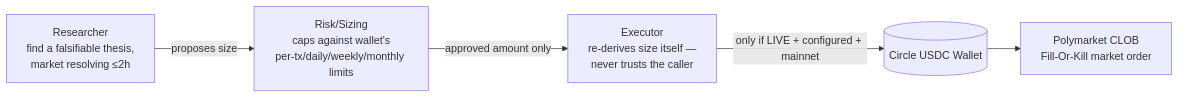
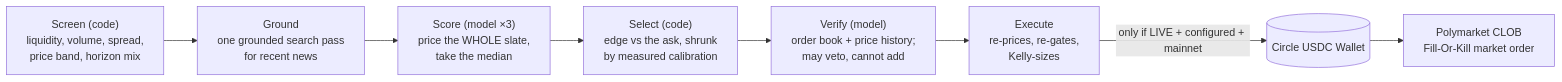
Before and after one commit to telluslearn-max/nuruelectronics-store: the second of 2 diagrams in README.md, drawn with Mermaid. The commit also changed other lines of this file and 32 other files, not shown here.

````diff
--- a/README.md
+++ b/README.md
@@ -103,7 +103,10 @@
 ```mermaid
 flowchart LR
-    R["Researcher<br/>find a falsifiable thesis,<br/>market resolving ≤2h"] -->|proposes size| S["Risk/Sizing<br/>caps against wallet's<br/>per-tx/daily/weekly/monthly limits"]
-    S -->|approved amount only| E["Executor<br/>re-derives size itself —<br/>never trusts the caller"]
-    E -->|only if LIVE + configured + mainnet| W[(Circle USDC Wallet)]
+    A["Screen (code)<br/>liquidity, volume, spread,<br/>price band, horizon mix"] --> B["Ground<br/>one grounded search pass<br/>for recent news"]
+    B --> C["Score (model ×3)<br/>price the WHOLE slate,<br/>take the median"]
+    C --> D["Select (code)<br/>edge vs the ask, shrunk<br/>by measured calibration"]
+    D --> E["Verify (model)<br/>order book + price history;<br/>may veto, cannot add"]
+    E --> F["Execute<br/>re-prices, re-gates,<br/>Kelly-sizes"]
+    F -->|only if LIVE + configured + mainnet| W[(Circle USDC Wallet)]
     W --> P[Polymarket CLOB<br/>Fill-Or-Kill market order]
 ```
````
